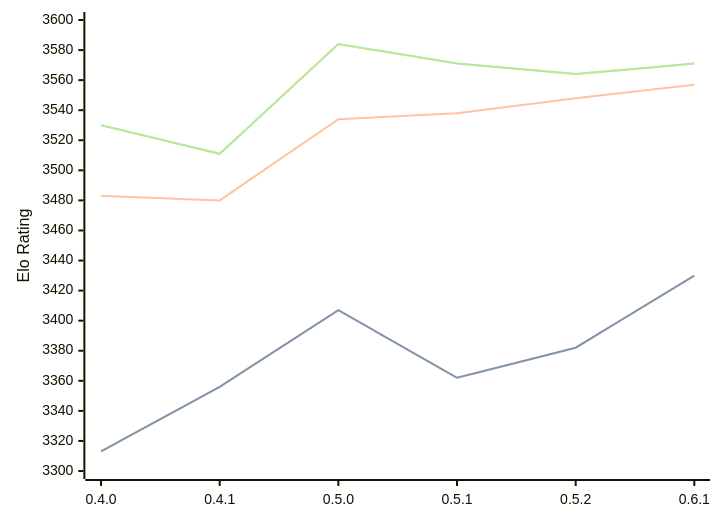
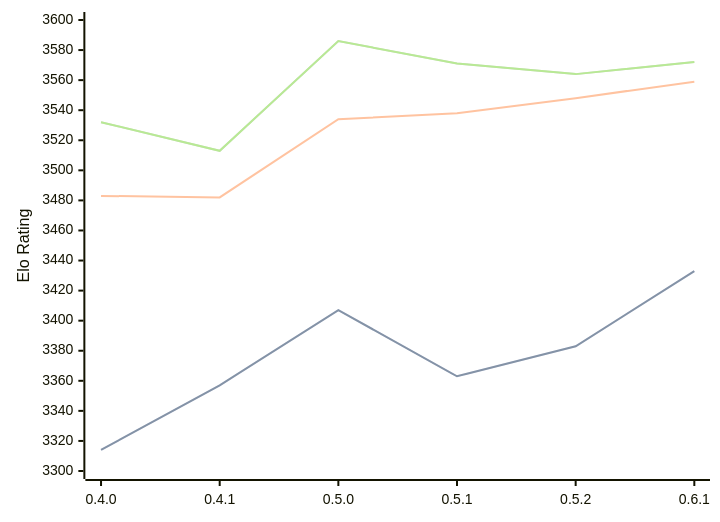
One commit to computer-chess-index/cci changed the diagram in engines/Cinder.md. Above: the diagram before and after it, drawn with Mermaid. The commit also changed other lines of this file, not shown here.

Commit message:
Update CCI Ratings (ELO VLTC) - 2026-09-13

````diff
--- a/engines/Cinder.md
+++ b/engines/Cinder.md
@@ -37,11 +37,11 @@
 ```mermaid
 %%{init: {"theme":"base","themeVariables":{"seriesColors:['#a3a3a3','#222221','#faa371']}}}%%
 xychart-beta
   x-axis ["0.4.0", "0.4.1", "0.5.0", "0.5.1", "0.5.2", "0.6.1"]
   y-axis "Elo Rating" 3300 --> 3600
-  line "" [3313, 3356, 3407, 3362, 3382, 3430]
-  line "STC (8.0+0.08s)" [3313, 3356, 3407, 3362, 3382, 3430]
-  line "LTC (60.0+0.60s)" [3483, 3480, 3534, 3538, 3548, 3557]
-  line "" [3530, 3511, 3584, 3571, 3564, 3571]
-  line "VLTC (2m24s+1.12s)" [3530, 3511, 3584, 3571, 3564, 3571]
+  line "" [3314, 3357, 3407, 3363, 3383, 3433]
+  line "STC (8.0+0.08s)" [3314, 3357, 3407, 3363, 3383, 3433]
+  line "LTC (60.0+0.60s)" [3483, 3482, 3534, 3538, 3548, 3559]
+  line "" [3532, 3513, 3586, 3571, 3564, 3572]
+  line "VLTC (2m24s+1.12s)" [3532, 3513, 3586, 3571, 3564, 3572]
 ```
````
